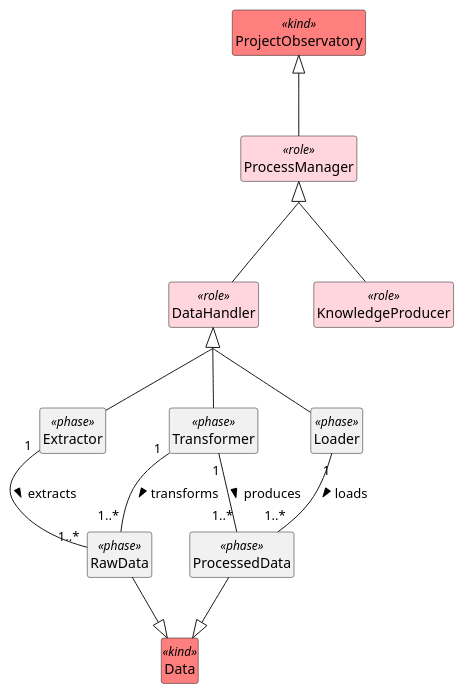
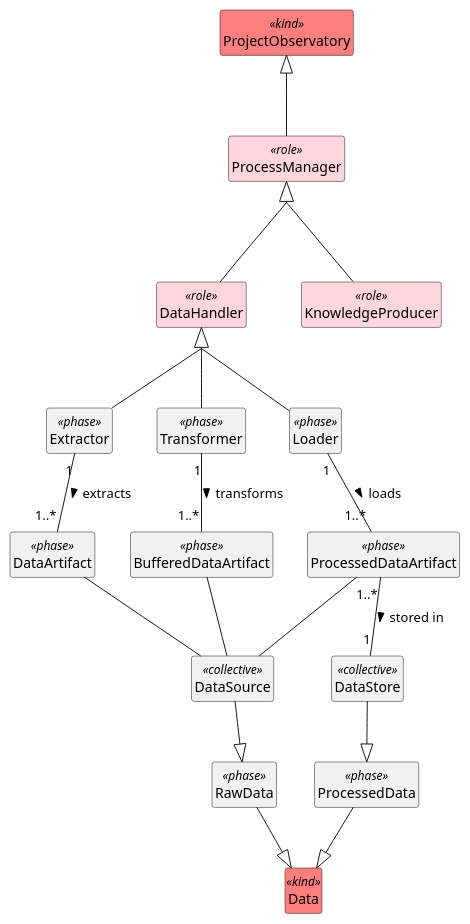
Before and after one commit to kvojps/onto-mpo: the diagram in processes/dataHandler.puml, drawn with PlantUML.

Commit message:
feat: add collective classes and update data flow relationships

```diff
--- a/processes/dataHandler.puml
+++ b/processes/dataHandler.puml
@@ -1,37 +1,51 @@
 @startuml DataHandler
 skinparam groupInheritance 2
 hide <<kind>> circle
 hide <<phase>> circle
 hide <<role>> circle
+hide <<collective>> circle
 hide members
 hide methods
 
 class ProjectObservatory<<kind>> #FF7F7F {}
 class ProcessManager <<role>> #FFD6DD {}
 class DataHandler <<role>> #FFD6DD {}
 class KnowledgeProducer <<role>> #FFD6DD {}
 
 ProjectObservatory <|-- ProcessManager
 ProcessManager <|-- DataHandler
 ProcessManager <|-- KnowledgeProducer
 
 class Extractor <<phase>> {}
 class Transformer <<phase>> {}
 class Loader <<phase>> {}
 
 DataHandler <|-- Extractor
 DataHandler <|-- Transformer
 DataHandler <|-- Loader
 
 class Data <<kind>> #FF7F7F {}
 class RawData <<phase>> {}
 class ProcessedData <<phase>> {}
+class DataSource <<collective>> {}
+class DataStore <<collective>> {}
 
 RawData --|> Data
 ProcessedData --|> Data
-Extractor "1" -- "1..*" RawData : extracts >
-Transformer "1" -- "1..*" RawData : transforms >
-Transformer "1" -- "1..*" ProcessedData : produces >
-Loader "1" -- "1..*" ProcessedData : loads >
+DataSource --|> RawData
+DataStore --|> ProcessedData
+
+class DataArtifact<<phase>> {}
+class BufferedDataArtifact<<phase>> {}
+class ProcessedDataArtifact<<phase>> {}
+
+DataArtifact -- DataSource
+BufferedDataArtifact-- DataSource
+ProcessedDataArtifact -- DataSource
+
+Extractor "1" -- "1..*" DataArtifact : extracts >
+Transformer "1" -- "1..*" BufferedDataArtifact : transforms >
+Loader "1" -- "1..*" ProcessedDataArtifact : loads >
+ProcessedDataArtifact "1..*" -- "1" DataStore : stored in >
 
 @enduml
```
